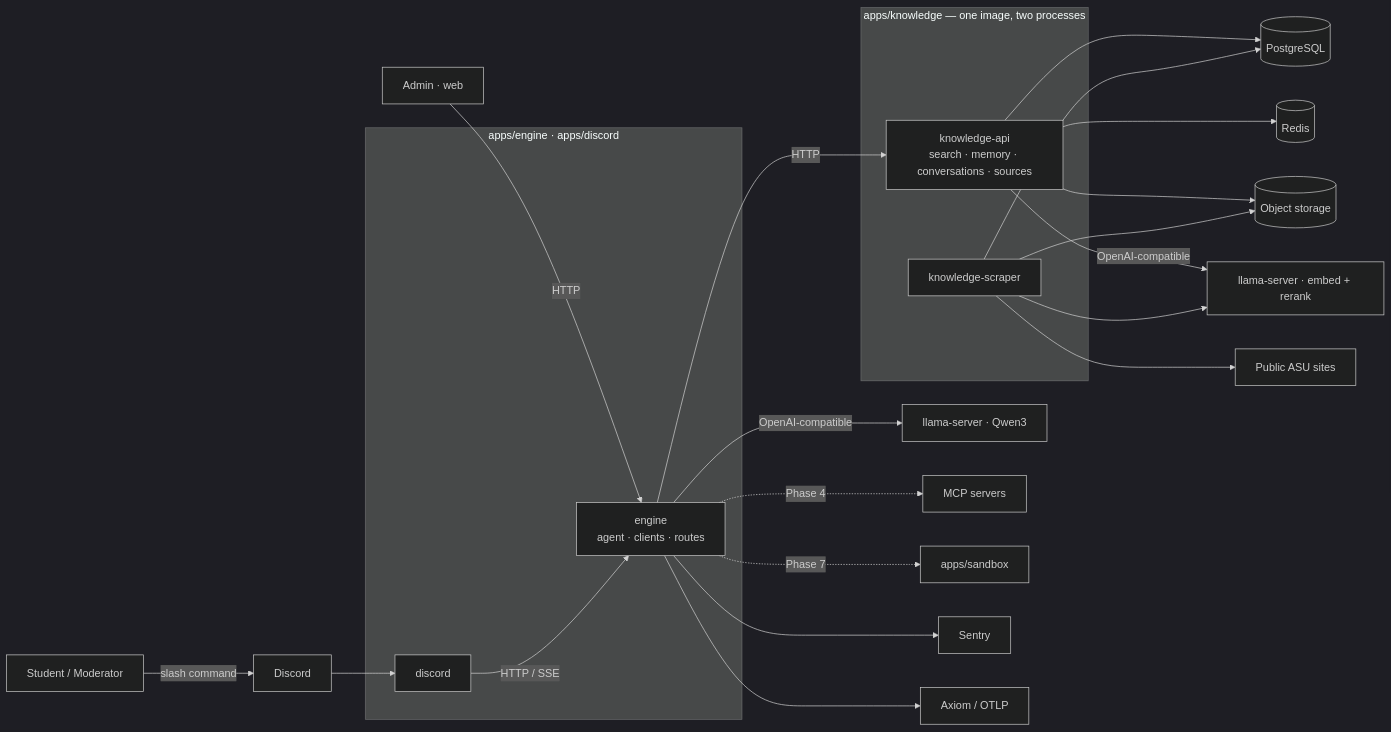
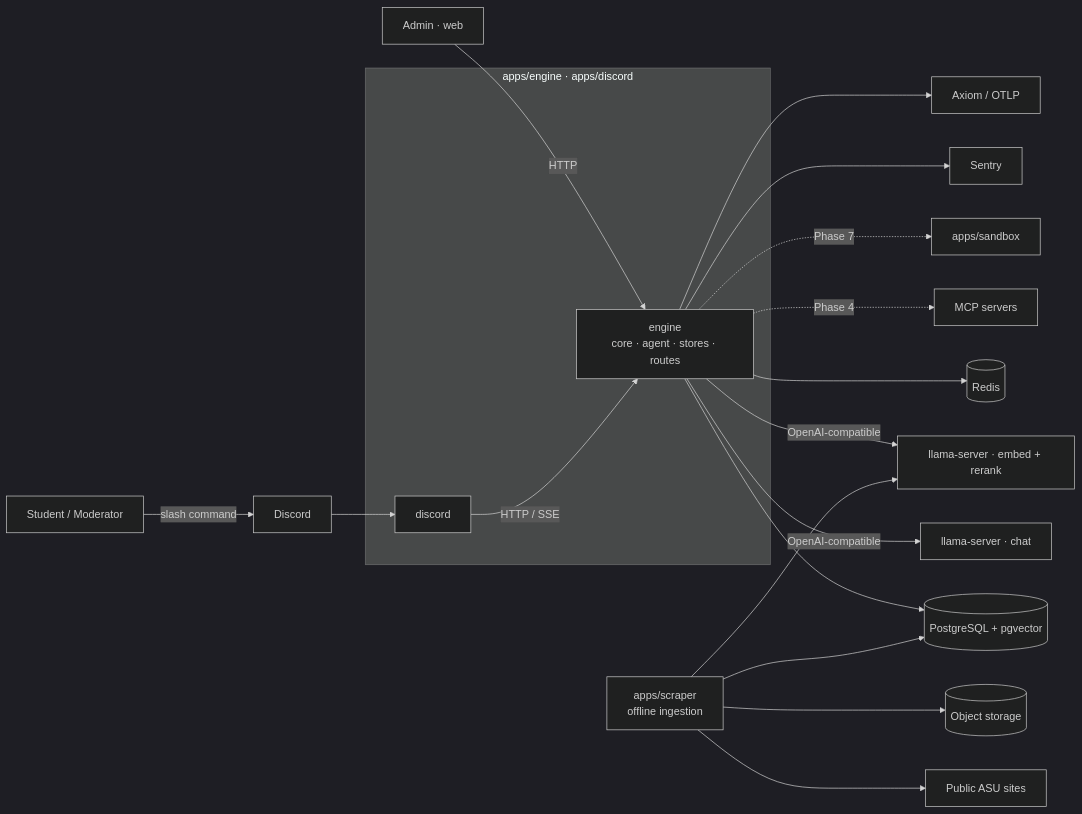
Before and after one commit to ashworks1706/SparkyAI: the diagram in docs/ARCHITECTURE.md, drawn with Mermaid (dark theme). The commit also changed other lines of this file and 88 other files, not shown here.

````diff
--- a/docs/ARCHITECTURE.md
+++ b/docs/ARCHITECTURE.md
@@ -74,33 +72,27 @@
 ```mermaid
 flowchart LR
     U[Student / Moderator] -->|slash command| D[Discord]
     A[Admin · web] -->|HTTP| APP
 
     subgraph rust [apps/engine · apps/discord]
         BOT[discord]
-        APP[engine<br/>agent · clients · routes]
+        APP[engine<br/>core · agent · stores · routes]
     end
     D --> BOT
     BOT -->|HTTP / SSE| APP
 
-    APP -->|OpenAI-compatible| OLL[llama-server · Qwen3]
-    APP -->|HTTP| KN
+    APP -->|OpenAI-compatible| OLL[llama-server · chat]
+    APP -->|OpenAI-compatible| EMB[llama-server · embed + rerank]
+    APP --> PG[(PostgreSQL + pgvector)]
+    APP --> RD[(Redis)]
     APP -.->|Phase 4| MCP[MCP servers]
     APP -.->|Phase 7| BW[apps/sandbox]
 
-    subgraph knowledge [apps/knowledge — one image, two processes]
-        KN[knowledge-api<br/>search · memory · conversations · sources]
-        ING[knowledge-scraper]
-    end
-    KN --> PG[(PostgreSQL)]
-    KN --> RD[(Redis)]
-    KN --> S3[(Object storage)]
-    KN -->|OpenAI-compatible| EMB[llama-server · embed + rerank]
-    ING --> WEB[Public ASU sites]
+    ING[apps/scraper<br/>offline ingestion] --> WEB[Public ASU sites]
     ING --> PG
-    ING --> S3
+    ING --> S3[(Object storage)]
     ING --> EMB
 
     APP --> SEN[Sentry]
     APP --> AX[Axiom / OTLP]
 ```
````
